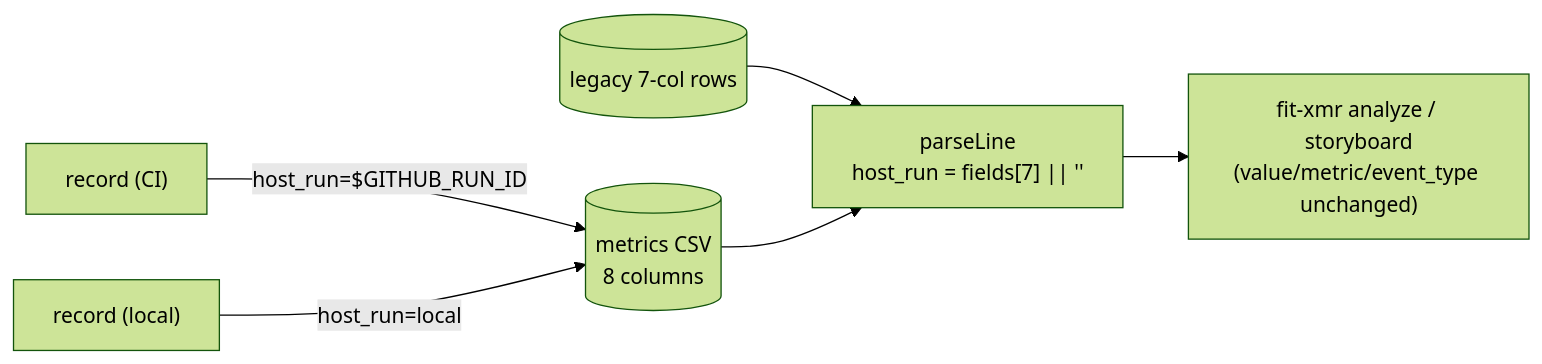
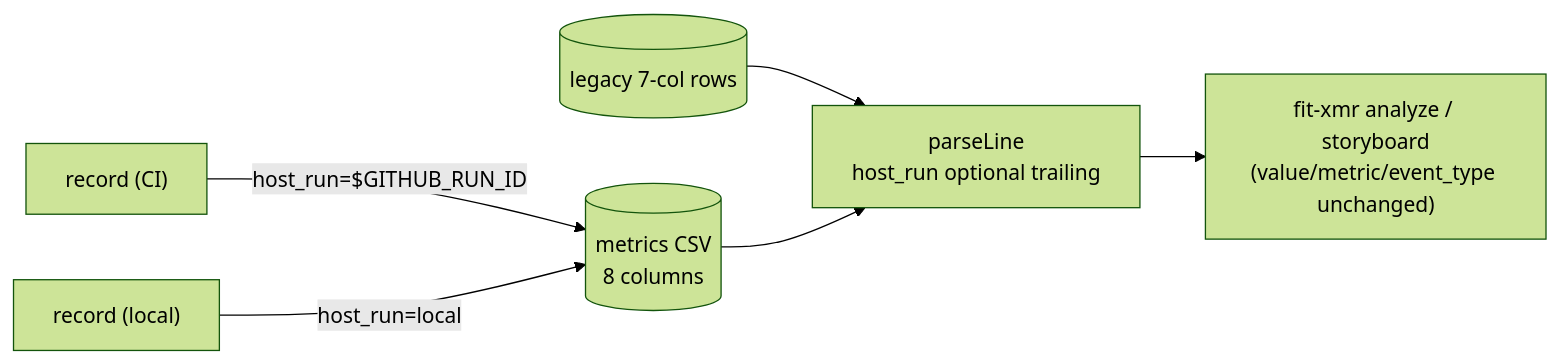
One commit to forwardimpact/monorepo changed the second of 2 diagrams in specs/1910-deterministic-trace-harvest/design-a.md. Above: the diagram before and after it, drawn with Mermaid (forest theme). The commit also changed other lines of this file, not shown here.

First line of the commit message:
design(1910): dispatch-host lane resolution via artifact download

````diff
--- a/specs/1910-deterministic-trace-harvest/design-a.md
+++ b/specs/1910-deterministic-trace-harvest/design-a.md
@@ -124,8 +135,8 @@
 ```mermaid
 flowchart LR
   R["record (CI)"] -->|"host_run=$GITHUB_RUN_ID"| CSV[("metrics CSV<br/>8 columns")]
   R2["record (local)"] -->|"host_run=local"| CSV
-  LEGACY[("legacy 7-col rows")] --> P["parseLine<br/>host_run = fields[7] || ''"]
+  LEGACY[("legacy 7-col rows")] --> P["parseLine<br/>host_run optional trailing"]
   CSV --> P
   P --> XMR["fit-xmr analyze / storyboard<br/>(value/metric/event_type unchanged)"]
 ```
````
